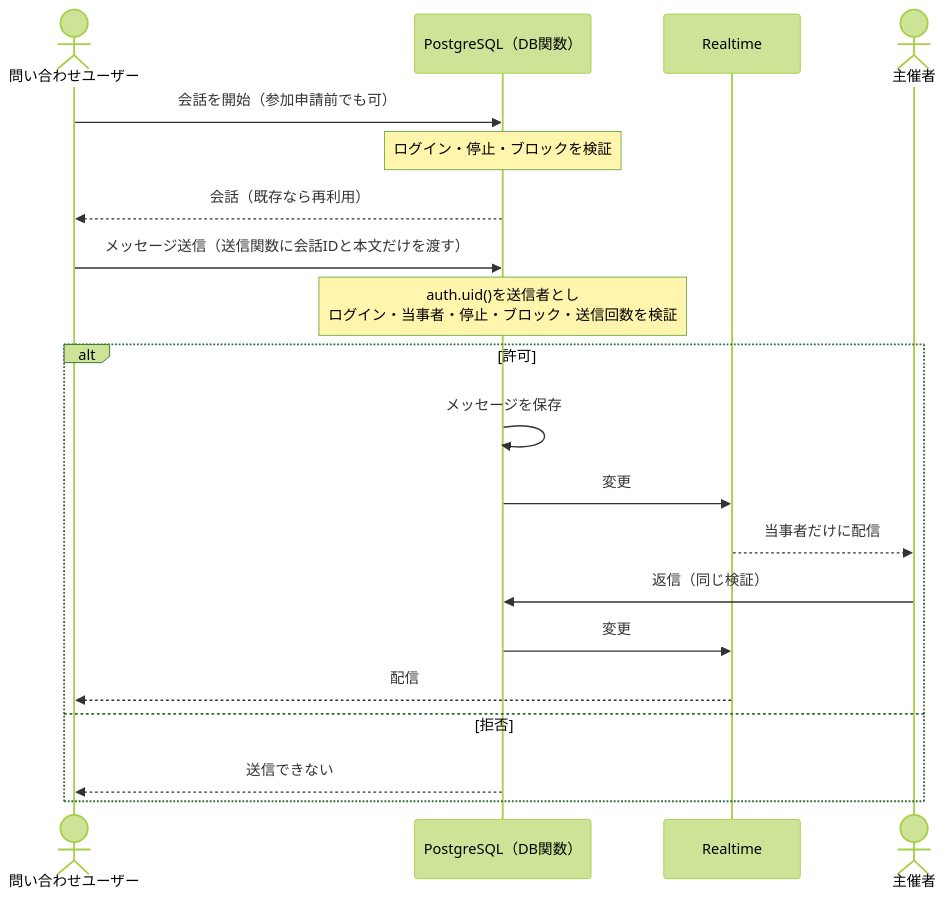
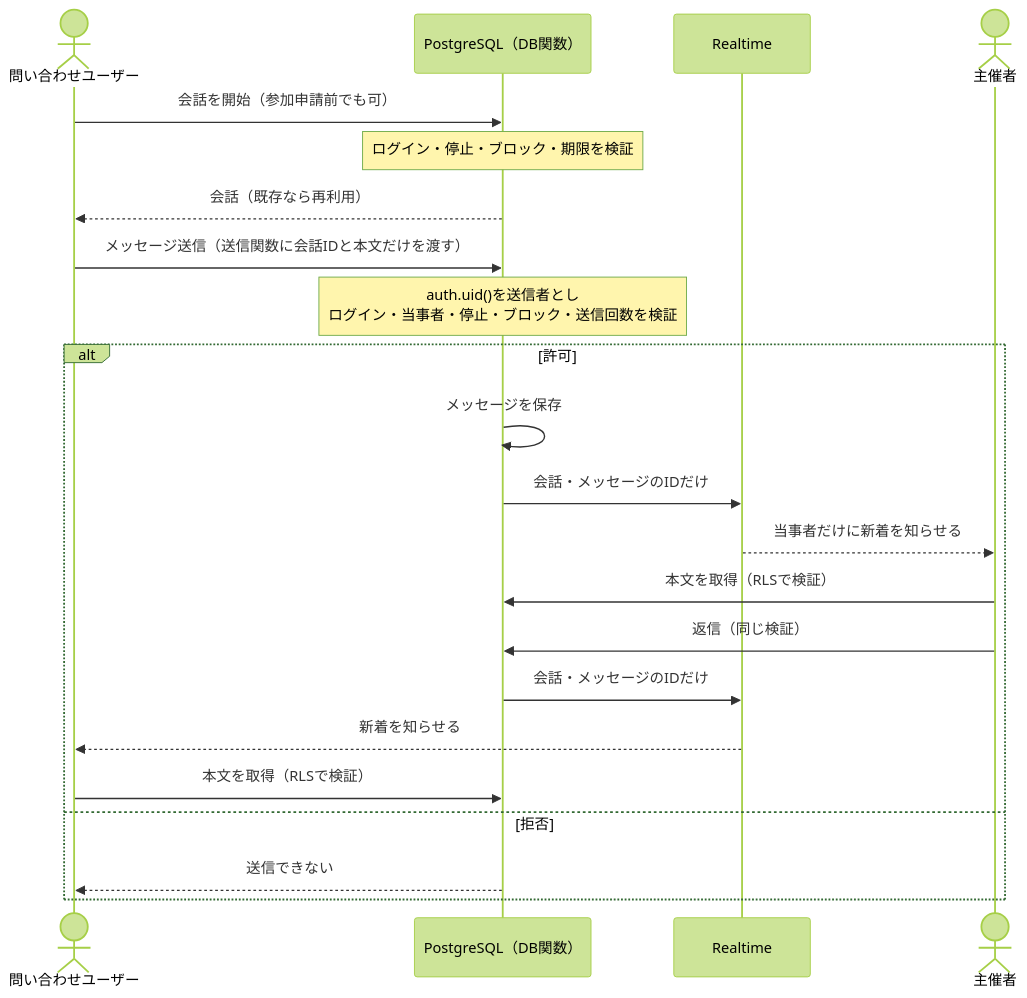
One commit to sysnovastudio-byte/nagoya-volleyball-matching changed the seventh of 8 diagrams in docs/07_システムアーキテクチャ.md. Above: the diagram before and after it, drawn with Mermaid (forest theme). The commit also changed other lines of this file and 6 other files, not shown here.

````diff
--- a/docs/07_システムアーキテクチャ.md
+++ b/docs/07_システムアーキテクチャ.md
@@ -168,22 +168,24 @@
 ```mermaid
 sequenceDiagram
     actor Q as 問い合わせユーザー
     participant D as PostgreSQL（DB関数）
     participant R as Realtime
     actor H as 主催者
     Q->>D: 会話を開始（参加申請前でも可）
-    Note over D: ログイン・停止・ブロックを検証
+    Note over D: ログイン・停止・ブロック・期限を検証
     D-->>Q: 会話（既存なら再利用）
     Q->>D: メッセージ送信（送信関数に会話IDと本文だけを渡す）
     Note over D: auth.uid()を送信者とし<br/>ログイン・当事者・停止・ブロック・送信回数を検証
     alt 許可
         D->>D: メッセージを保存
-        D->>R: 変更
-        R-->>H: 当事者だけに配信
+        D->>R: 会話・メッセージのIDだけ
+        R-->>H: 当事者だけに新着を知らせる
+        H->>D: 本文を取得（RLSで検証）
         H->>D: 返信（同じ検証）
-        D->>R: 変更
-        R-->>Q: 配信
+        D->>R: 会話・メッセージのIDだけ
+        R-->>Q: 新着を知らせる
+        Q->>D: 本文を取得（RLSで検証）
     else 拒否
         D-->>Q: 送信できない
     end
 ```
````
